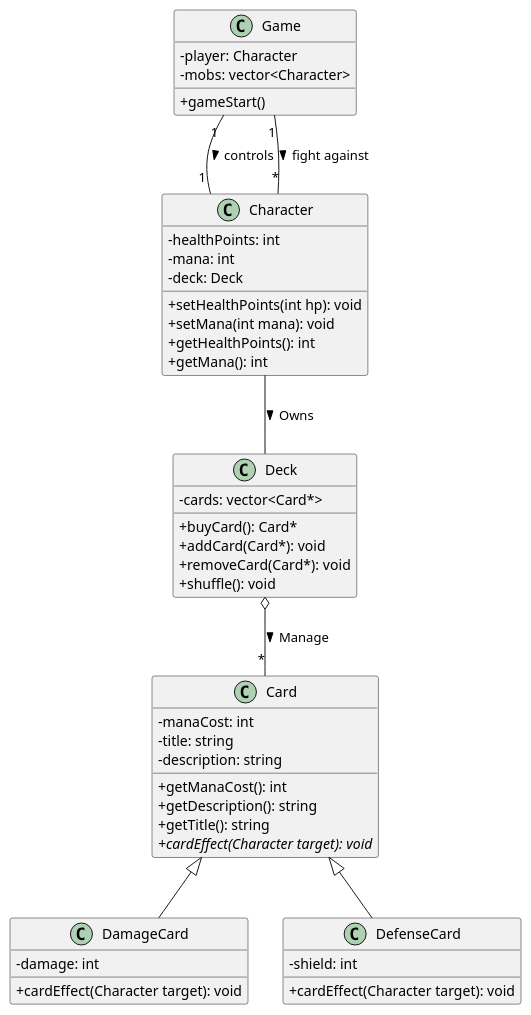
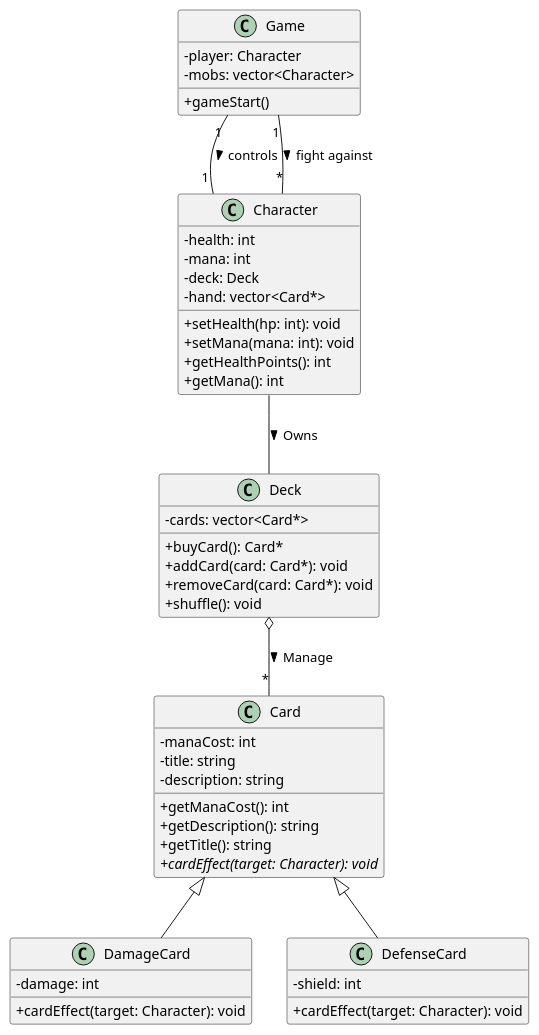
Before and after one commit to ciceroed/POO: the diagram in Projeto FInal/UML/Class Diagram.puml, drawn with PlantUML. The commit also changed 14 other files, not shown here.

```diff
--- a/Projeto FInal/UML/Class Diagram.puml
+++ b/Projeto FInal/UML/Class Diagram.puml
@@ -1,57 +1,58 @@
 @startuml class-diagram
 
 skinparam ClassAttributeIconSize 0
 
 ' Classes principais
 
 class Game{
     - player: Character
     - mobs: vector<Character>
     + gameStart()
 }
 
 class Character {
-    - healthPoints: int
+    - health: int
     - mana: int
     - deck: Deck
-    + setHealthPoints(int hp): void
-    + setMana(int mana): void
+    - hand: vector<Card*>
+    + setHealth(hp: int): void
+    + setMana(mana: int): void
     + getHealthPoints(): int
     + getMana(): int
 }
 
 class Card{
     - manaCost: int
     - title: string
     - description: string
     + getManaCost(): int
     + getDescription(): string
     + getTitle(): string
-    + cardEffect(Character target): void {abstract}
+    + cardEffect(target: Character): void {abstract}
 }
 
 class DamageCard{
     - damage: int
-    + cardEffect(Character target): void
+    + cardEffect(target: Character): void
 }
 class DefenseCard{
     - shield: int
-    + cardEffect(Character target): void
+    + cardEffect(target: Character): void
 }
 class Deck{
     - cards: vector<Card*>
     + buyCard(): Card*
-    + addCard(Card*): void
-    + removeCard(Card*): void
+    + addCard(card: Card*): void
+    + removeCard(card: Card*): void
     + shuffle(): void
 }
 
 
 ' Relacionamentos
 Game "1" -- "1" Character : controls >
 Game "1" -- "*" Character: fight against >
 Character -- Deck : Owns >
 Deck o-- "*" Card : Manage >
 Card <|-- DamageCard
 Card <|-- DefenseCard
 @enduml
```
